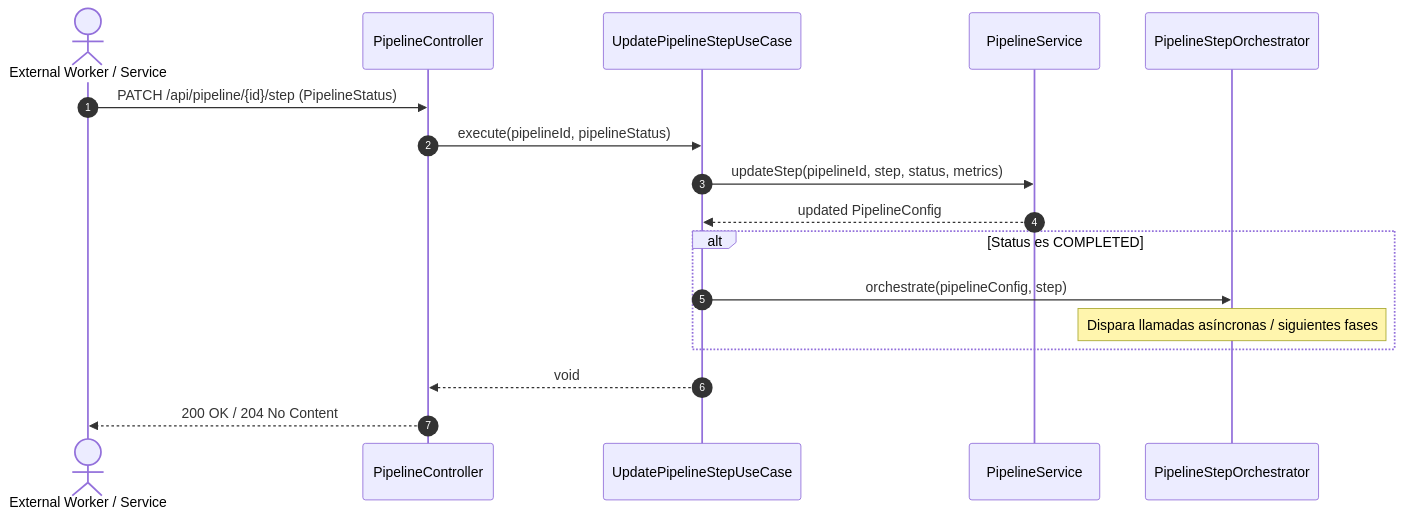
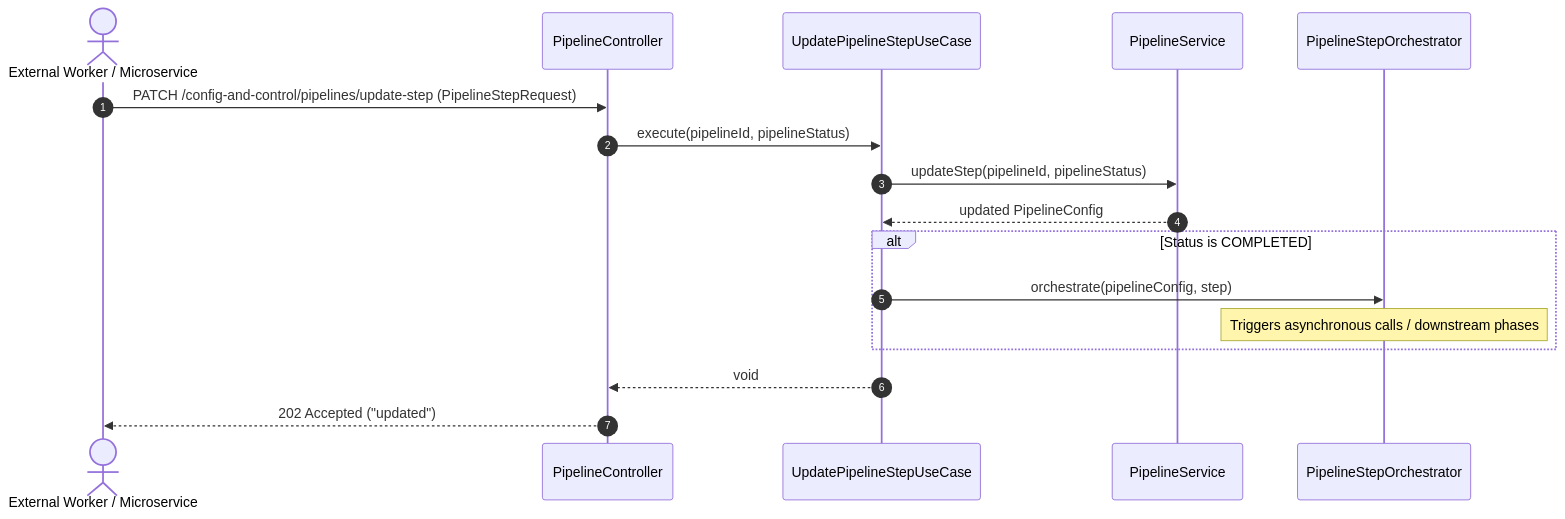
One commit to Biopatternsg-ms/config-and-control changed the diagram in .agents/use_cases/UpdatePipelineStepUseCase.md. Above: the diagram before and after it, drawn with Mermaid. The commit also changed other lines of this file and 16 other files, not shown here.

````diff
--- a/.agents/use_cases/UpdatePipelineStepUseCase.md
+++ b/.agents/use_cases/UpdatePipelineStepUseCase.md
@@ -28,20 +28,20 @@
 ```mermaid
 sequenceDiagram
     autonumber
-    actor Service as External Worker / Service
+    actor Service as External Worker / Microservice
     participant Controller as PipelineController
     participant UseCase as UpdatePipelineStepUseCase
     participant PipeService as PipelineService
     participant Orchestrator as PipelineStepOrchestrator
 
-    Service->>Controller: PATCH /api/pipeline/{id}/step (PipelineStatus)
+    Service->>Controller: PATCH /config-and-control/pipelines/update-step (PipelineStepRequest)
     Controller->>UseCase: execute(pipelineId, pipelineStatus)
-    UseCase->>PipeService: updateStep(pipelineId, step, status, metrics)
+    UseCase->>PipeService: updateStep(pipelineId, pipelineStatus)
     PipeService-->>UseCase: updated PipelineConfig
-    alt Status es COMPLETED
+    alt Status is COMPLETED
         UseCase->>Orchestrator: orchestrate(pipelineConfig, step)
-        Note over Orchestrator: Dispara llamadas asíncronas / siguientes fases
+        Note over Orchestrator: Triggers asynchronous calls / downstream phases
     end
     UseCase-->>Controller: void
-    Controller-->>Service: 200 OK / 204 No Content
+    Controller-->>Service: 202 Accepted ("updated")
 ```
````
